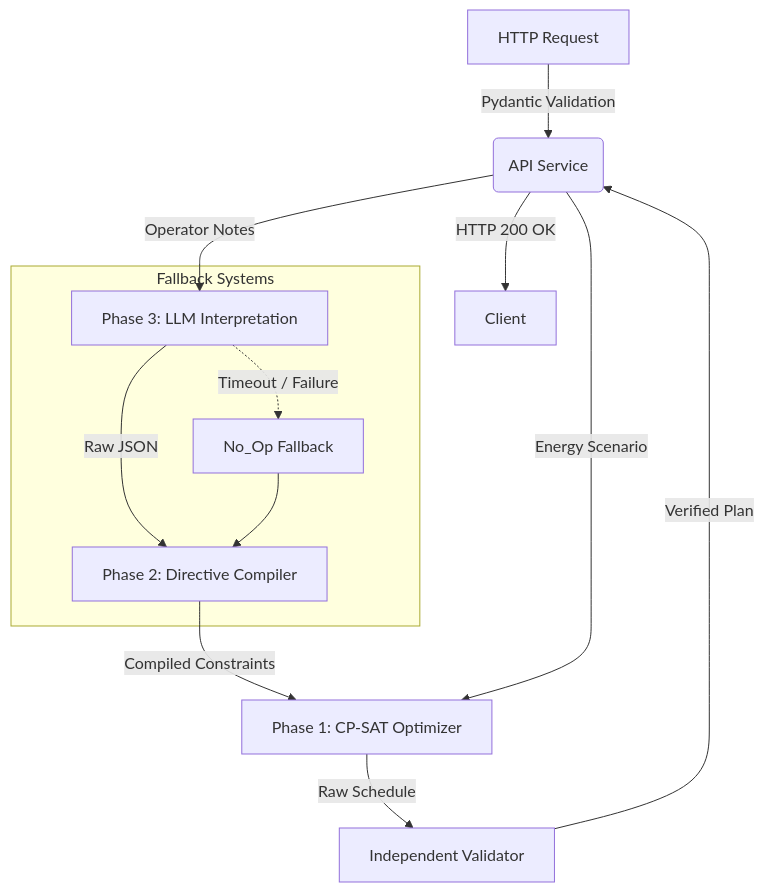
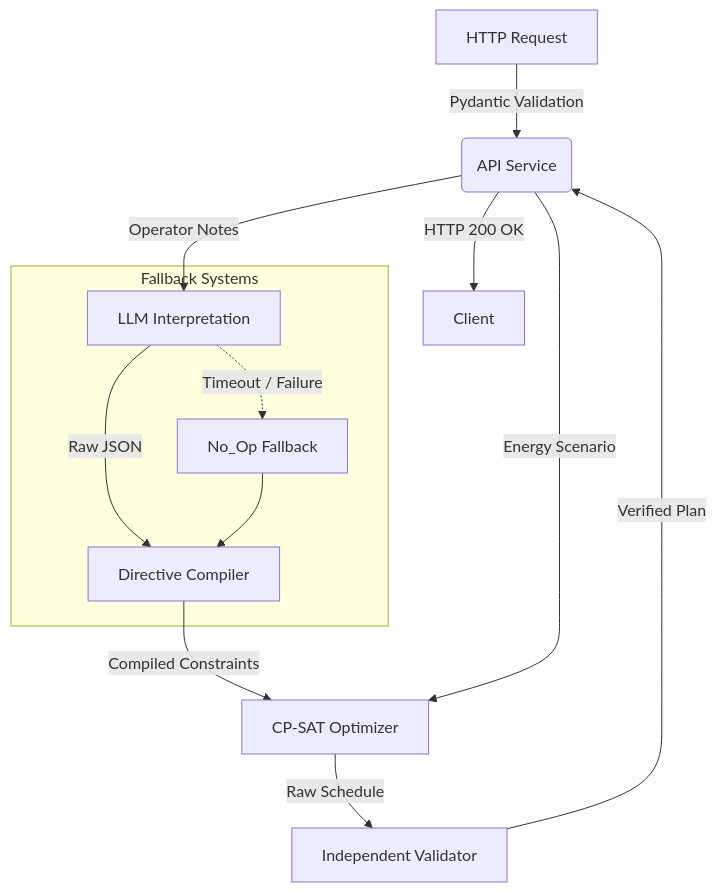
Before and after one commit to NaimurRahmannn/BUP_CSE_FEST_HACKATHON_2026: the diagram in README.md, drawn with Mermaid. The commit also changed 12 other files, not shown here.

````diff
--- a/README.md
+++ b/README.md
@@ -15,16 +15,16 @@
 ```mermaid
 graph TD
     A[HTTP Request] -->|Pydantic Validation| B(API Service)
-    B -->|Operator Notes| C[Phase 3: LLM Interpretation]
-    C -->|Raw JSON| D[Phase 2: Directive Compiler]
-    D -->|Compiled Constraints| E[Phase 1: CP-SAT Optimizer]
+    B -->|Operator Notes| C[LLM Interpretation]
+    C -->|Raw JSON| D[Directive Compiler]
+    D -->|Compiled Constraints| E[CP-SAT Optimizer]
     B -->|Energy Scenario| E
     E -->|Raw Schedule| F[Independent Validator]
     F -->|Verified Plan| B
     B -->|HTTP 200 OK| G[Client]
     
     subgraph Fallback Systems
     C -.->|Timeout / Failure| H[No_Op Fallback]
     H --> D
     end
 ```
````
